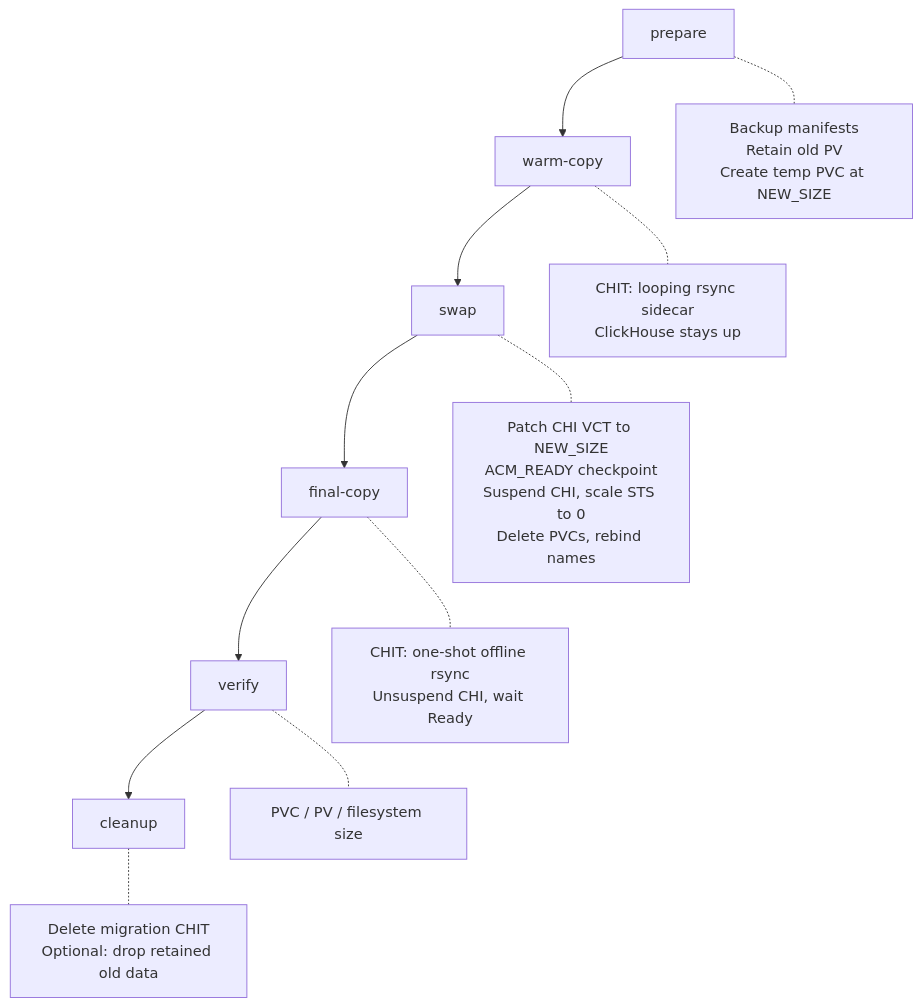
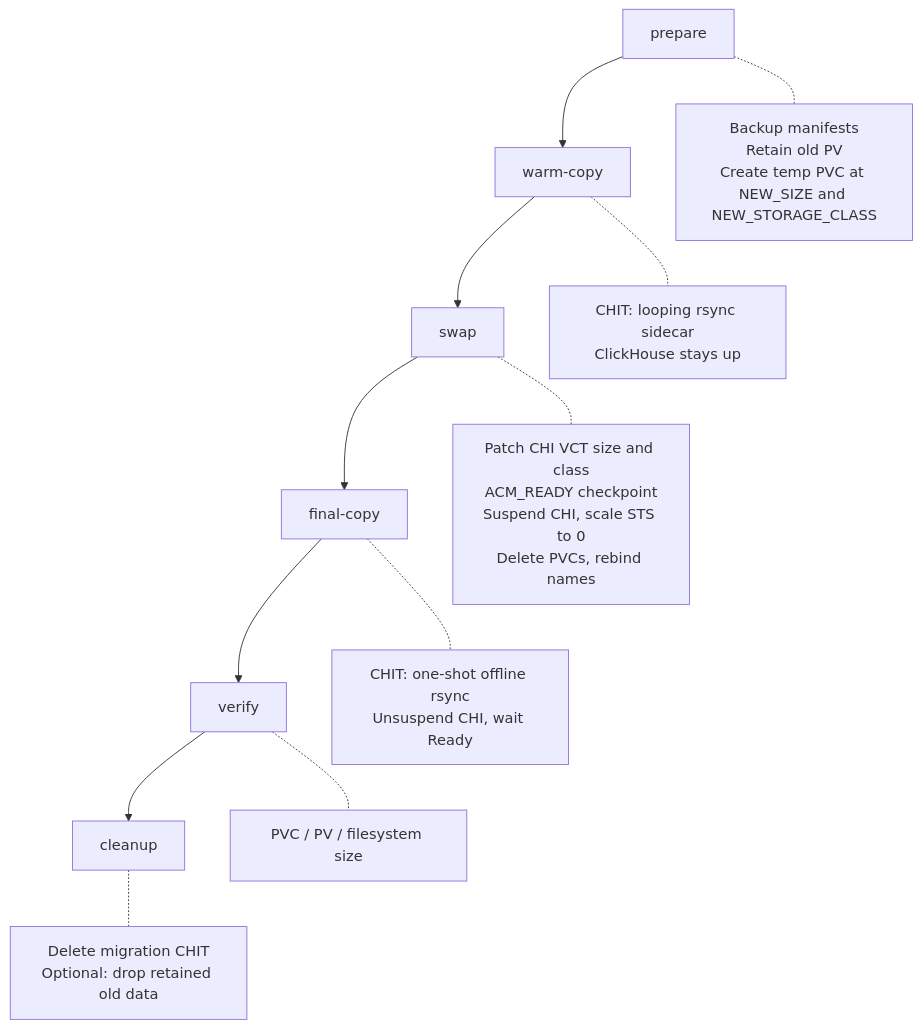
The second of 3 diagrams in tools/volume_downscale.md (Altinity/clickhouse-operator), drawn with Mermaid before and after one commit. The commit also changed other lines of this file and 1 other file, not shown here.

First line of the commit message:
tools: volume_downscale.sh can change the StorageClass

````diff
--- a/tools/volume_downscale.md
+++ b/tools/volume_downscale.md
@@ -76,15 +81,15 @@
 ```mermaid
 flowchart TD
   A[prepare] --> B[warm-copy]
   B --> C[swap]
   C --> D[final-copy]
   D --> E[verify]
   E --> F[cleanup]
 
-  A -.- A1[Backup manifests<br/>Retain old PV<br/>Create temp PVC at NEW_SIZE]
+  A -.- A1["Backup manifests<br/>Retain old PV<br/>Create temp PVC at NEW_SIZE and NEW_STORAGE_CLASS"]
   B -.- B1[CHIT: looping rsync sidecar<br/>ClickHouse stays up]
-  C -.- C1[Patch CHI VCT to NEW_SIZE<br/>ACM_READY checkpoint<br/>Suspend CHI, scale STS to 0<br/>Delete PVCs, rebind names]
+  C -.- C1["Patch CHI VCT size and class<br/>ACM_READY checkpoint<br/>Suspend CHI, scale STS to 0<br/>Delete PVCs, rebind names"]
   D -.- D1[CHIT: one-shot offline rsync<br/>Unsuspend CHI, wait Ready]
   E -.- E1[PVC / PV / filesystem size]
   F -.- F1[Delete migration CHIT<br/>Optional: drop retained old data]
 ```
````
